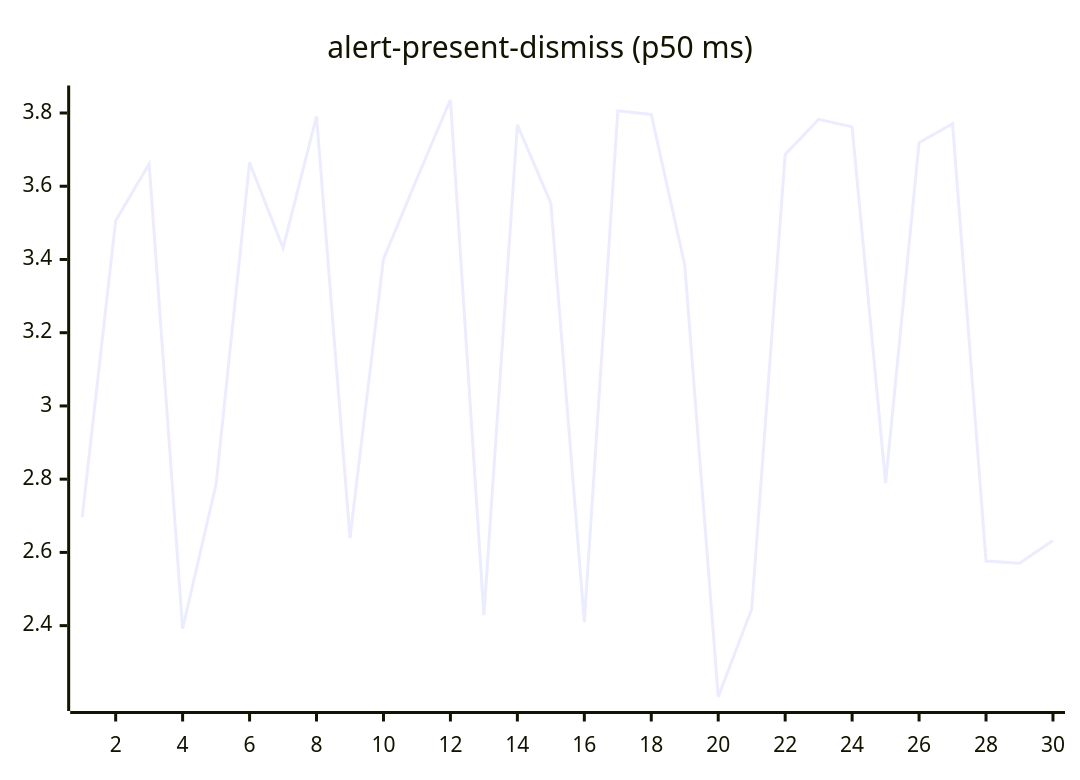
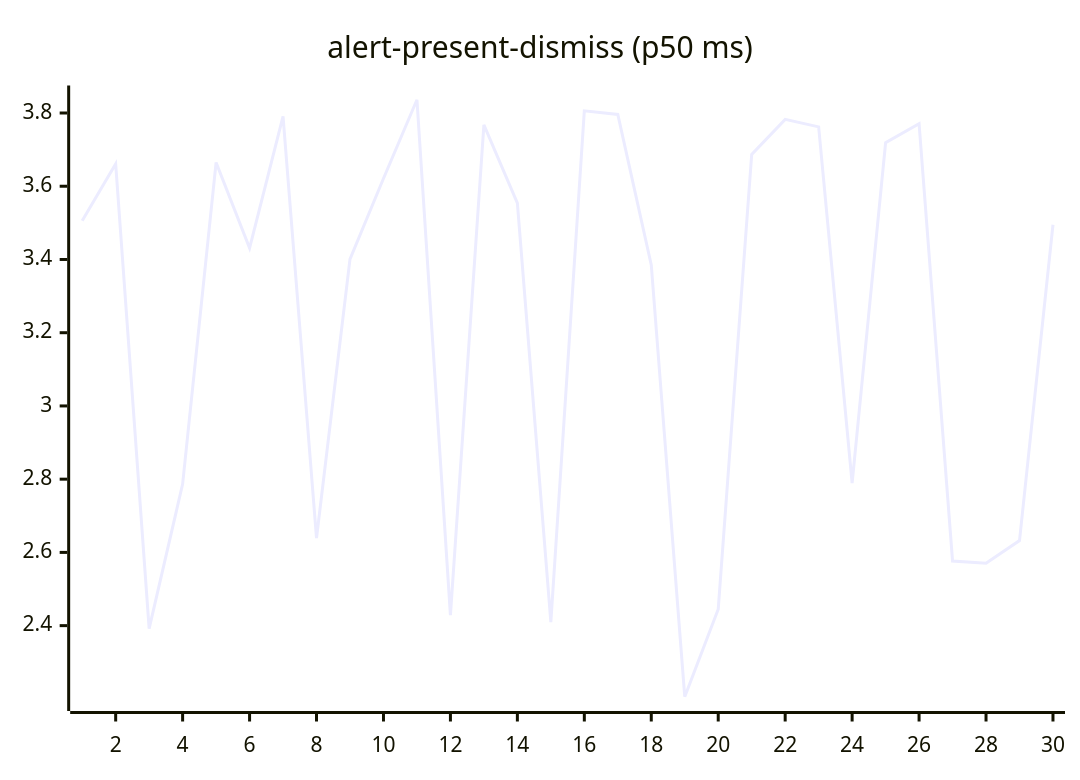
One commit to josha/Facet changed the second of 27 diagrams in README.md. Above: the diagram before and after it, drawn with Mermaid. The commit also changed other lines of this file and 2 other files, not shown here.

````diff
--- a/README.md
+++ b/README.md
@@ -70,6 +70,6 @@
 ```mermaid
 xychart-beta
     title "alert-present-dismiss (p50 ms)"
     x-axis 1 --> 30
-    line [2.6957, 3.5058, 3.6611, 2.3918, 2.7865, 3.6648, 3.4312, 3.7906, 2.6392, 3.4008, 3.6212, 3.8362, 2.4288, 3.7676, 3.5538, 2.4095, 3.8060, 3.7961, 3.3851, 2.2058, 2.4450, 3.6869, 3.7826, 3.7621, 2.7891, 3.7187, 3.7708, 2.5766, 2.5704, 2.6324]
+    line [3.5058, 3.6611, 2.3918, 2.7865, 3.6648, 3.4312, 3.7906, 2.6392, 3.4008, 3.6212, 3.8362, 2.4288, 3.7676, 3.5538, 2.4095, 3.8060, 3.7961, 3.3851, 2.2058, 2.4450, 3.6869, 3.7826, 3.7621, 2.7891, 3.7187, 3.7708, 2.5766, 2.5704, 2.6324, 3.4949]
 ```
````
